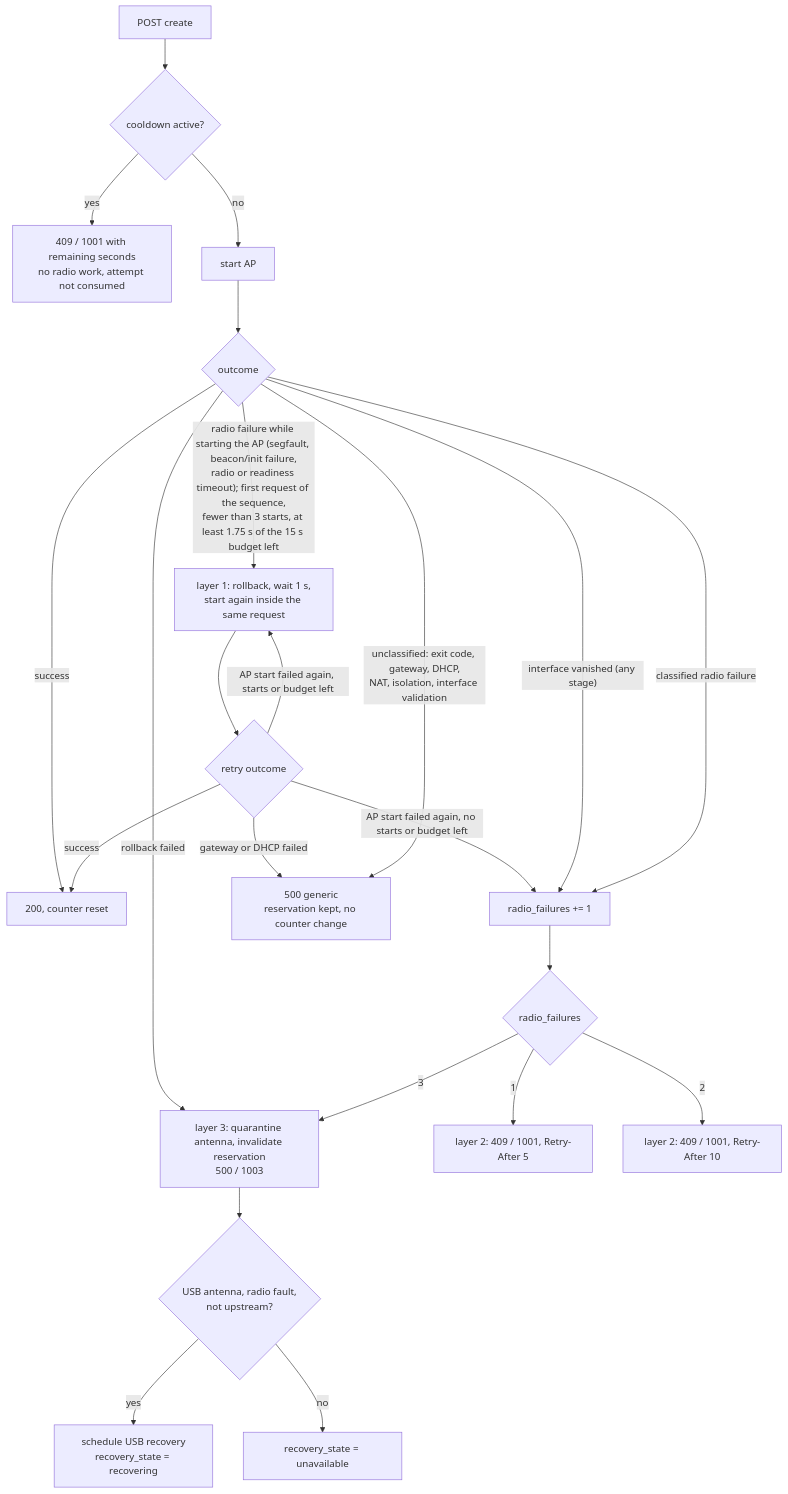
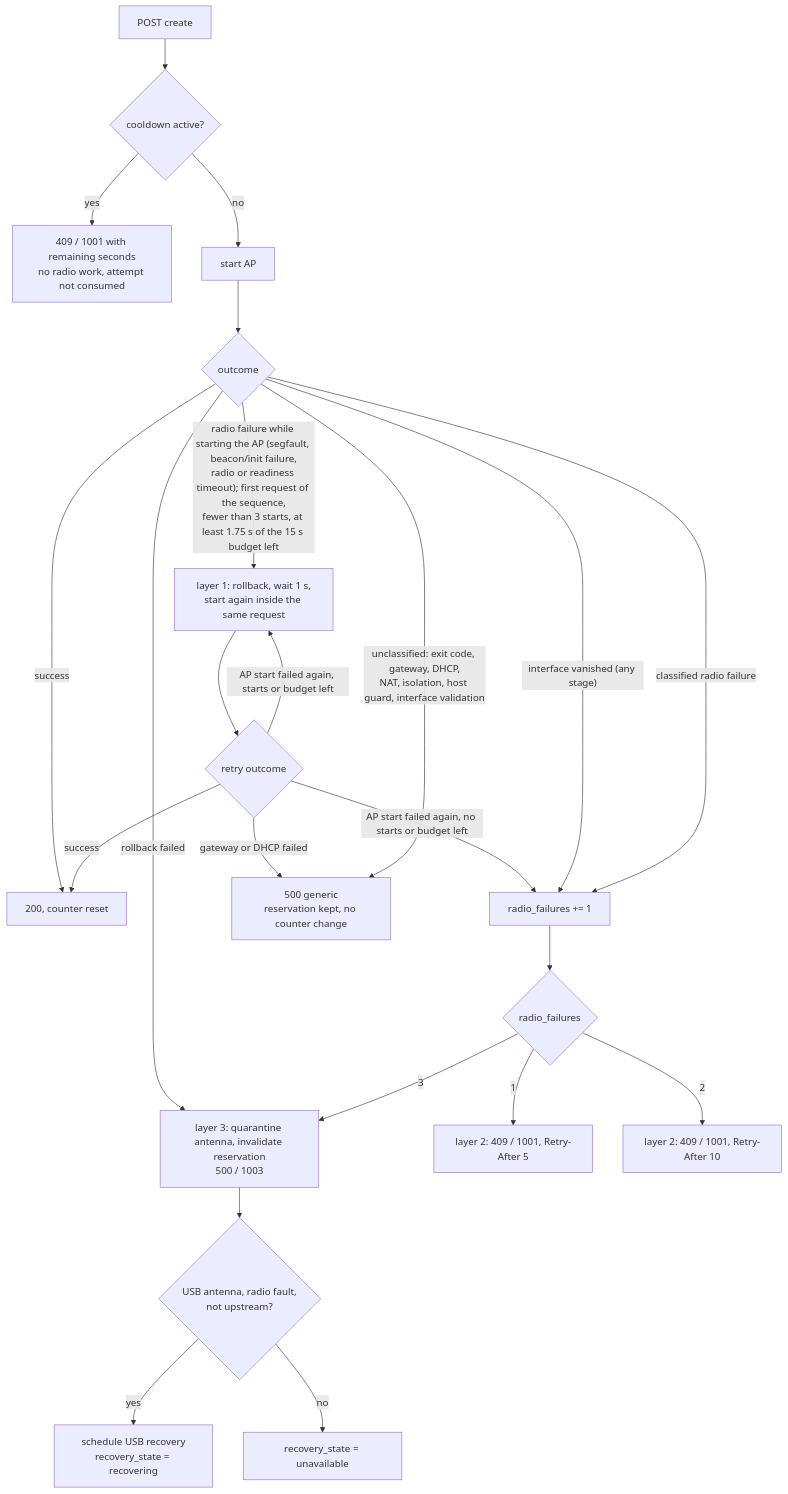
One commit to caporalesimone/wi-lab changed the tenth of 14 diagrams in docs/architecture.md. Above: the diagram before and after it, drawn with Mermaid. The commit also changed other lines of this file and 12 other files, not shown here.

````diff
--- a/docs/architecture.md
+++ b/docs/architecture.md
@@ -550,25 +550,25 @@
 ```mermaid
 flowchart TD
     S["POST create"] --> CD{"cooldown active?"}
     CD -->|yes| R0["409 / 1001 with remaining seconds<br/>no radio work, attempt not consumed"]
     CD -->|no| ST["start AP"]
     ST --> OUT{"outcome"}
     OUT -->|success| OK["200, counter reset"]
     OUT -->|"radio failure while starting the AP (segfault, beacon/init failure,<br/>radio or readiness timeout); first request of the sequence,<br/>fewer than 3 starts, at least 1.75 s of the 15 s budget left"| IR["layer 1: rollback, wait 1 s,<br/>start again inside the same request"]
     IR --> OUT2{"retry outcome"}
     OUT2 -->|success| OK
     OUT2 -->|"AP start failed again, starts or budget left"| IR
     OUT2 -->|"AP start failed again, no starts or budget left"| CL
     OUT2 -->|"gateway or DHCP failed"| G
-    OUT -->|"unclassified: exit code, gateway, DHCP,<br/>NAT, isolation, interface validation"| G["500 generic<br/>reservation kept, no counter change"]
+    OUT -->|"unclassified: exit code, gateway, DHCP,<br/>NAT, isolation, host guard, interface validation"| G["500 generic<br/>reservation kept, no counter change"]
     OUT -->|"interface vanished (any stage)"| CL
     OUT -->|classified radio failure| CL["radio_failures += 1"]
     OUT -->|rollback failed| Q
     CL --> N{"radio_failures"}
     N -->|1| R5["layer 2: 409 / 1001, Retry-After 5"]
     N -->|2| R10["layer 2: 409 / 1001, Retry-After 10"]
     N -->|3| Q["layer 3: quarantine antenna, invalidate reservation<br/>500 / 1003"]
     Q --> U{"USB antenna, radio fault,<br/>not upstream?"}
     U -->|yes| REC["schedule USB recovery<br/>recovery_state = recovering"]
     U -->|no| UN["recovery_state = unavailable"]
 ```
````
